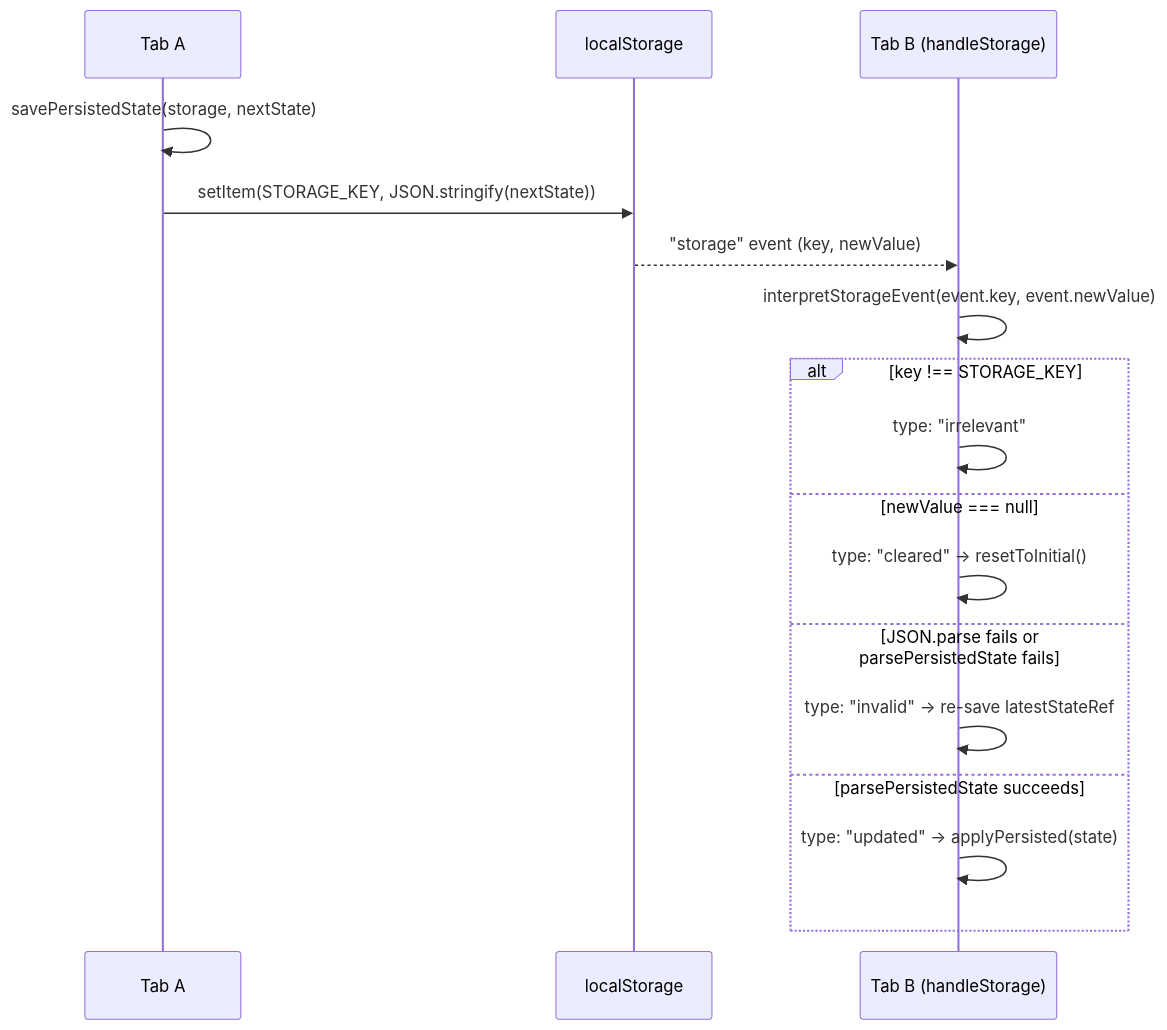
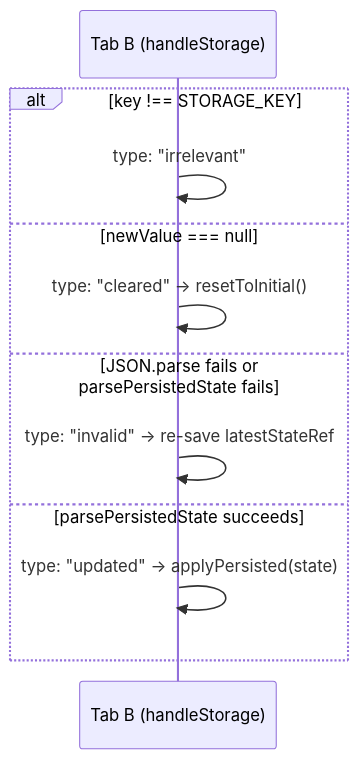
One commit to jgyy/architect-model changed the second of 2 diagrams in docs/categories/persistence-tab-sync.md. Above: the diagram before and after it, drawn with Mermaid. The commit also changed other lines of this file and 31 other files, not shown here.

Commit message:
docs: split mermaids into 2 for easier viewing (#52)

````diff
--- a/docs/categories/persistence-tab-sync.md
+++ b/docs/categories/persistence-tab-sync.md
@@ -7,20 +23,14 @@
 ```mermaid
 sequenceDiagram
-    participant A as Tab A
-    participant LS as localStorage
     participant B as Tab B (handleStorage)
 
-    A->>A: savePersistedState(storage, nextState)
-    A->>LS: setItem(STORAGE_KEY, JSON.stringify(nextState))
-    LS-->>B: "storage" event (key, newValue)
-    B->>B: interpretStorageEvent(event.key, event.newValue)
     alt key !== STORAGE_KEY
         B->>B: type: "irrelevant"
     else newValue === null
         B->>B: type: "cleared" -> resetToInitial()
     else JSON.parse fails or parsePersistedState fails
         B->>B: type: "invalid" -> re-save latestStateRef
     else parsePersistedState succeeds
         B->>B: type: "updated" -> applyPersisted(state)
     end
 ```
````
